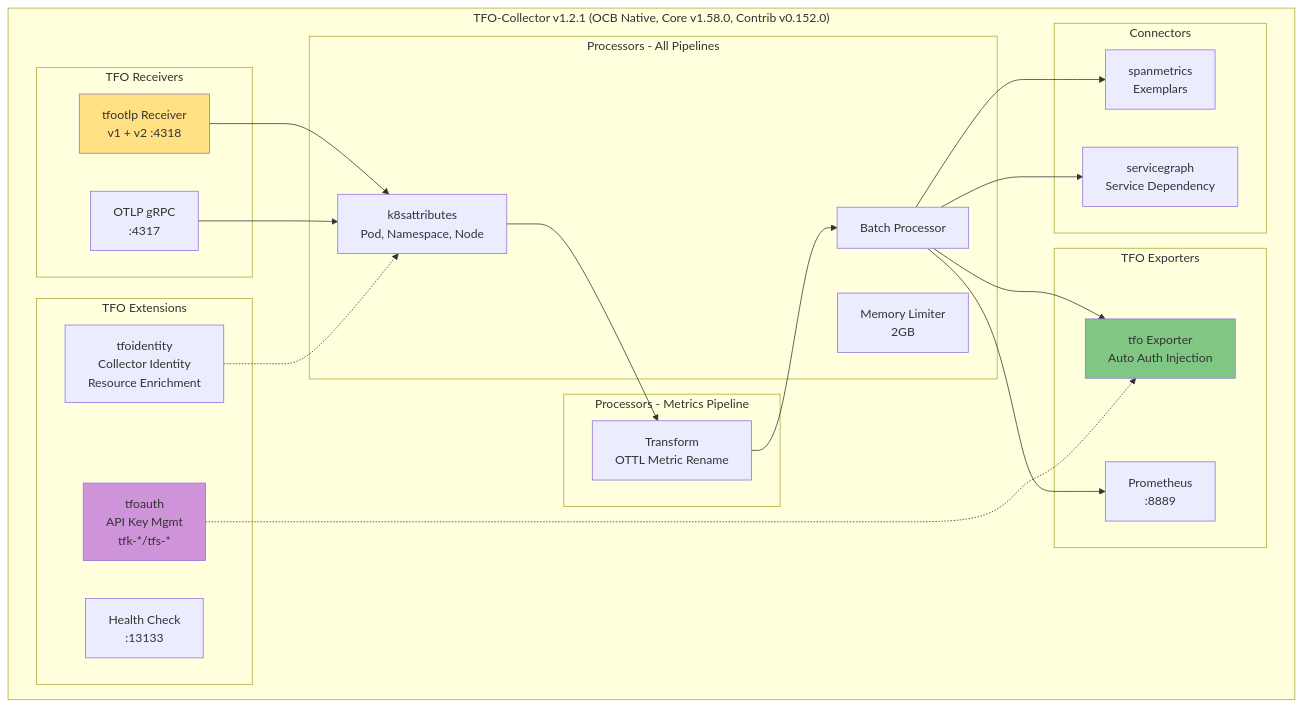
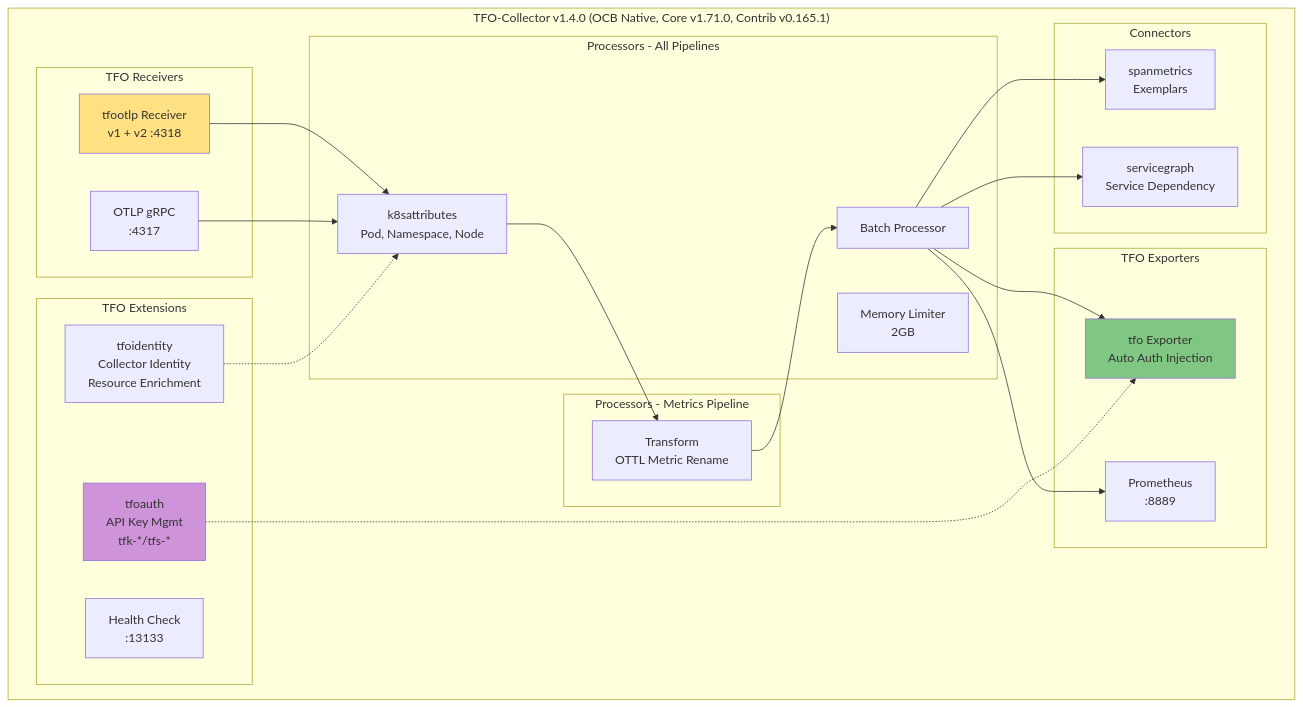
The third of 12 diagrams in tfo-otel/ARCHITECTURE.md (telemetryflow/telemetryflow-overview), drawn with Mermaid before and after one commit. The commit also changed other lines of this file and 11 other files, not shown here.

````diff
--- a/tfo-otel/ARCHITECTURE.md
+++ b/tfo-otel/ARCHITECTURE.md
@@ -152,51 +152,51 @@
 ```mermaid
 graph TB
-    subgraph "TFO-Collector v1.2.1 (OCB Native, Core v1.58.0, Contrib v0.152.0)"
+    subgraph "TFO-Collector v1.4.0 (OCB Native, Core v1.71.0, Contrib v0.165.1)"
         subgraph "TFO Receivers"
             RC_TFOOTLP[tfootlp Receiver<br/>v1 + v2 :4318]
             RC_GRPC[OTLP gRPC<br/>:4317]
         end
 
         subgraph "Processors - All Pipelines"
             P_K8S[k8sattributes<br/>Pod, Namespace, Node]
             P_BATCH[Batch Processor]
             P_MEM[Memory Limiter<br/>2GB]
         end
 
         subgraph "Processors - Metrics Pipeline"
             PM_TRANSFORM[Transform<br/>OTTL Metric Rename]
         end
 
         subgraph "TFO Extensions"
             EXT_AUTH[tfoauth<br/>API Key Mgmt<br/>tfk-*/tfs-*]
             EXT_ID[tfoidentity<br/>Collector Identity<br/>Resource Enrichment]
             EXT_HEALTH[Health Check<br/>:13133]
         end
 
         subgraph "TFO Exporters"
             EM_TFO[tfo Exporter<br/>Auto Auth Injection]
             EM_PROM[Prometheus<br/>:8889]
         end
 
         subgraph "Connectors"
             CONN_SM[spanmetrics<br/>Exemplars]
             CONN_SG[servicegraph<br/>Service Dependency]
         end
     end
 
     RC_TFOOTLP --> P_K8S
     RC_GRPC --> P_K8S
     P_K8S --> PM_TRANSFORM
     PM_TRANSFORM --> P_BATCH
     P_BATCH --> EM_TFO
     P_BATCH --> EM_PROM
     P_BATCH --> CONN_SM
     P_BATCH --> CONN_SG
 
     EXT_AUTH -.-> EM_TFO
     EXT_ID -.-> P_K8S
 
     style RC_TFOOTLP fill:#FFE082
     style EXT_AUTH fill:#CE93D8
     style EM_TFO fill:#81C784
 ```
````
